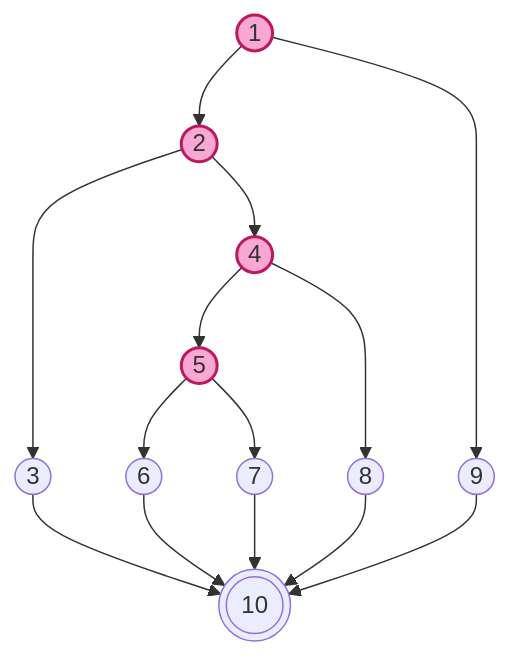
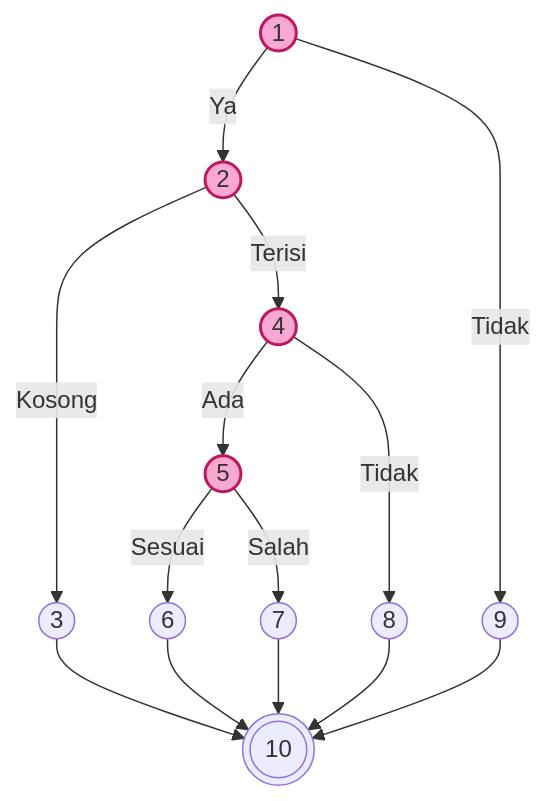
Before and after one commit to arbain-dev/Web_fikom: the second of 6 diagrams in docs/07_PENGUJIAN_WHITE_BOX.md, drawn with Mermaid. The commit also changed other lines of this file, not shown here.

Commit message:
Add labels to Flowgraph arrows for better clarity

````diff
--- a/docs/07_PENGUJIAN_WHITE_BOX.md
+++ b/docs/07_PENGUJIAN_WHITE_BOX.md
@@ -58,13 +58,13 @@
 ```mermaid
 graph TD
     classDef predicate fill:#f9a8d4,stroke:#be185d,stroke-width:2px;
-    1((1)):::predicate --> 2((2)):::predicate
-    1 --> 9((9))
-    2 --> 3((3))
-    2 --> 4((4)):::predicate
-    4 --> 5((5)):::predicate
-    4 --> 8((8))
-    5 --> 6((6))
-    5 --> 7((7))
+    1((1)):::predicate -->|Ya| 2((2)):::predicate
+    1 -->|Tidak| 9((9))
+    2 -->|Kosong| 3((3))
+    2 -->|Terisi| 4((4)):::predicate
+    4 -->|Ada| 5((5)):::predicate
+    4 -->|Tidak| 8((8))
+    5 -->|Sesuai| 6((6))
+    5 -->|Salah| 7((7))
     3 & 6 & 7 & 8 & 9 --> 10(((10)))
 ```
````
